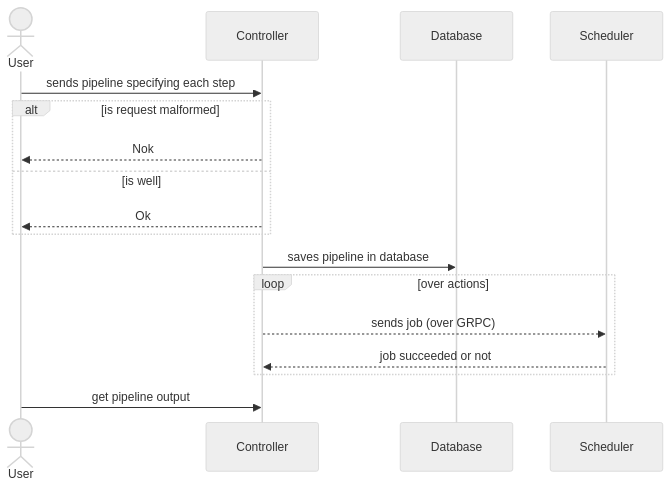
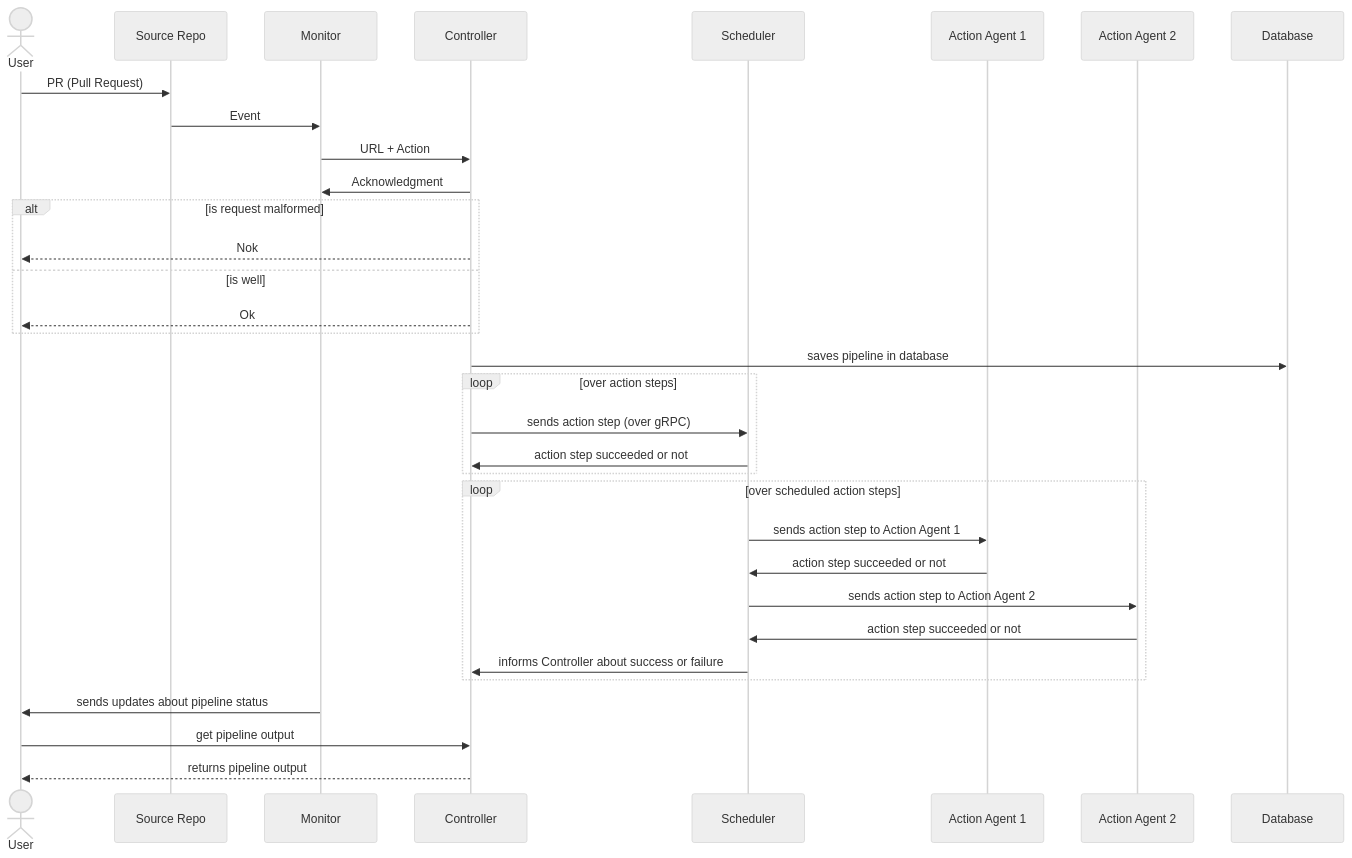
Before and after one commit to dev-sys-do/sealci: the diagram in docs/controller.md, drawn with Mermaid (neutral theme). The commit also changed other lines of this file, not shown here.

Commit message:
doc: update mermaid sequence diagram

````diff
--- a/docs/controller.md
+++ b/docs/controller.md
@@ -71,16 +71,42 @@
 ```mermaid
 sequenceDiagram
     actor User
-    User->>Controller: sends pipeline specifying each step
+    participant SourceRepo as Source Repo
+    participant Monitor
+    participant Controller
+    participant Scheduler
+    participant ActionAgent1 as Action Agent 1
+    participant ActionAgent2 as Action Agent 2
+    participant Database
+
+    User->>SourceRepo: PR (Pull Request)
+    SourceRepo->>Monitor: Event
+
+    Monitor->>Controller: URL + Action
+    Controller->>Monitor: Acknowledgment
+
     alt is request malformed
         Controller-->>User: Nok
     else is well
         Controller-->>User: Ok
     end
+
     Controller->>Database: saves pipeline in database
-    loop over actions
-        Controller-->>Scheduler: sends job (over GRPC)
-        Scheduler-->>Controller: job succeeded or not
+    
+    loop over action steps
+        Controller->>Scheduler: sends action step (over gRPC)
+        Scheduler->>Controller: action step succeeded or not
     end
+
+    loop over scheduled action steps
+        Scheduler->>ActionAgent1: sends action step to Action Agent 1
+        ActionAgent1->>Scheduler: action step succeeded or not
+        Scheduler->>ActionAgent2: sends action step to Action Agent 2
+        ActionAgent2->>Scheduler: action step succeeded or not
+        Scheduler->>Controller: informs Controller about success or failure
+    end
+    
+    Monitor->>User: sends updates about pipeline status
     User->>Controller: get pipeline output
+    Controller-->>User: returns pipeline output
 ```
````
